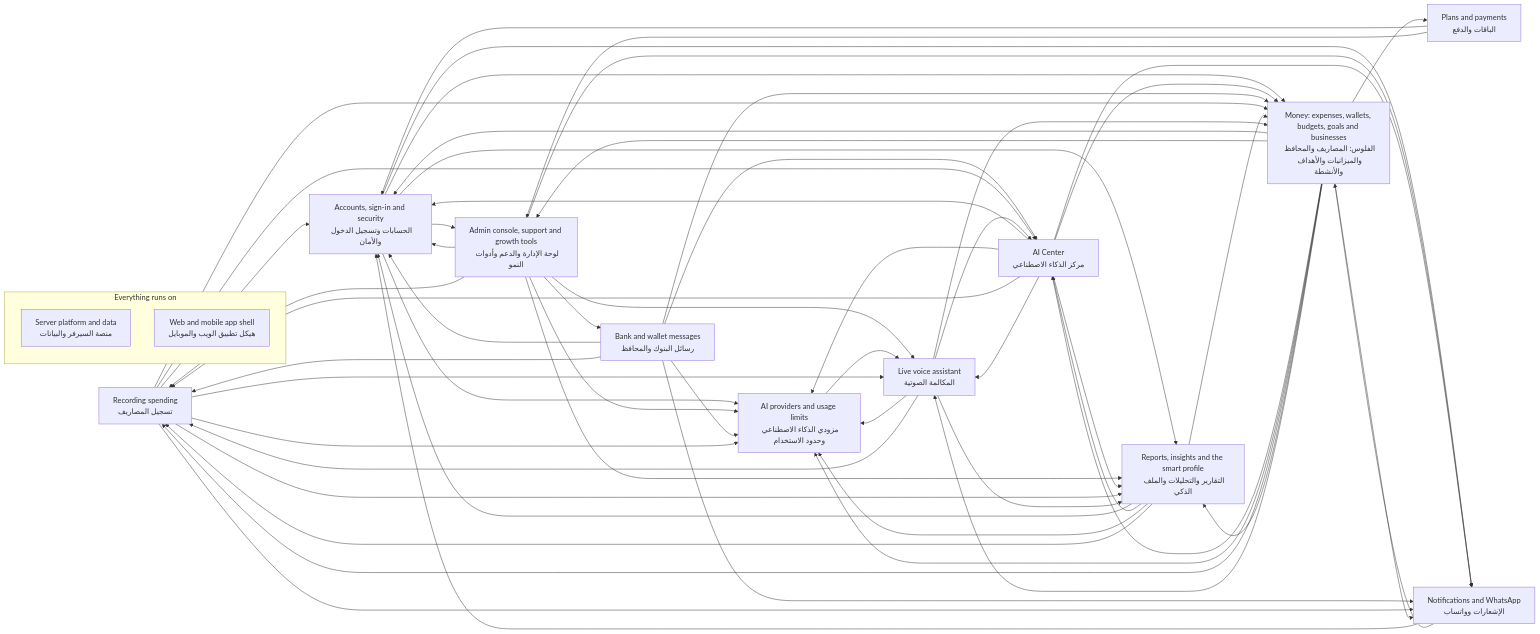
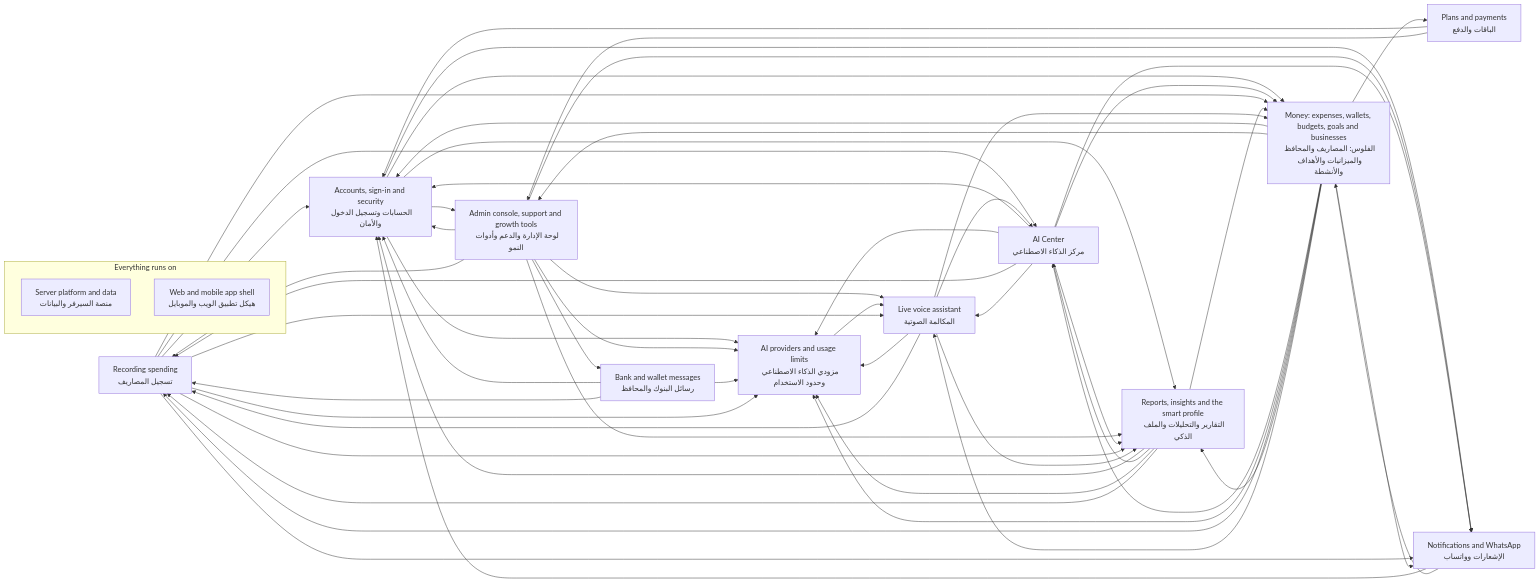
Before and after one commit to mahmoudtaherr111/smartspend_mini_all: the diagram in docs/atlas/systems/README.md, drawn with Mermaid. The commit also changed other lines of this file and 76 other files, not shown here.

````diff
--- a/docs/atlas/systems/README.md
+++ b/docs/atlas/systems/README.md
@@ -15,74 +15,71 @@
 ```mermaid
 flowchart LR
   sys_expense_capture["Recording spending<br/>تسجيل المصاريف"]
   sys_bank_messages["Bank and wallet messages<br/>رسائل البنوك والمحافظ"]
   sys_voice_calls["Live voice assistant<br/>المكالمة الصوتية"]
   sys_ai_center["AI Center<br/>مركز الذكاء الاصطناعي"]
   sys_insights["Reports, insights and the smart profile<br/>التقارير والتحليلات والملف الذكي"]
   sys_money["Money: expenses, wallets, budgets, goals and businesses<br/>الفلوس: المصاريف والمحافظ والميزانيات والأهداف والأنشطة"]
   sys_accounts["Accounts, sign-in and security<br/>الحسابات وتسجيل الدخول والأمان"]
   sys_billing["Plans and payments<br/>الباقات والدفع"]
   sys_notifications["Notifications and WhatsApp<br/>الإشعارات وواتساب"]
   sys_admin["Admin console, support and growth tools<br/>لوحة الإدارة والدعم وأدوات النمو"]
   sys_ai_platform["AI providers and usage limits<br/>مزودي الذكاء الاصطناعي وحدود الاستخدام"]
   subgraph g_foundation["Everything runs on"]
     sys_platform["Server platform and data<br/>منصة السيرفر والبيانات"]
     sys_web_app["Web and mobile app shell<br/>هيكل تطبيق الويب والموبايل"]
   end
   sys_accounts --> sys_admin
   sys_accounts --> sys_ai_platform
   sys_accounts --> sys_insights
   sys_accounts --> sys_money
   sys_accounts --> sys_notifications
   sys_admin --> sys_accounts
   sys_admin --> sys_ai_platform
   sys_admin --> sys_bank_messages
   sys_admin --> sys_expense_capture
   sys_admin --> sys_insights
   sys_admin --> sys_notifications
   sys_admin --> sys_voice_calls
   sys_ai_center --> sys_accounts
   sys_ai_center --> sys_ai_platform
   sys_ai_center --> sys_expense_capture
   sys_ai_center --> sys_insights
   sys_ai_center --> sys_money
   sys_ai_center --> sys_notifications
   sys_ai_center --> sys_voice_calls
   sys_ai_platform --> sys_voice_calls
   sys_bank_messages --> sys_accounts
-  sys_bank_messages --> sys_ai_center
   sys_bank_messages --> sys_ai_platform
   sys_bank_messages --> sys_expense_capture
-  sys_bank_messages --> sys_money
-  sys_bank_messages --> sys_notifications
   sys_billing --> sys_accounts
   sys_billing --> sys_admin
   sys_expense_capture --> sys_accounts
   sys_expense_capture --> sys_ai_center
   sys_expense_capture --> sys_ai_platform
   sys_expense_capture --> sys_insights
   sys_expense_capture --> sys_money
   sys_expense_capture --> sys_notifications
   sys_expense_capture --> sys_voice_calls
   sys_insights --> sys_accounts
   sys_insights --> sys_ai_center
   sys_insights --> sys_ai_platform
   sys_insights --> sys_expense_capture
   sys_insights --> sys_money
   sys_money --> sys_accounts
   sys_money --> sys_admin
   sys_money --> sys_ai_center
   sys_money --> sys_ai_platform
   sys_money --> sys_billing
   sys_money --> sys_expense_capture
   sys_money --> sys_insights
   sys_money --> sys_notifications
   sys_money --> sys_voice_calls
   sys_notifications --> sys_accounts
   sys_notifications --> sys_money
   sys_voice_calls --> sys_ai_center
   sys_voice_calls --> sys_ai_platform
   sys_voice_calls --> sys_expense_capture
   sys_voice_calls --> sys_insights
   sys_voice_calls --> sys_money
 ```
````
